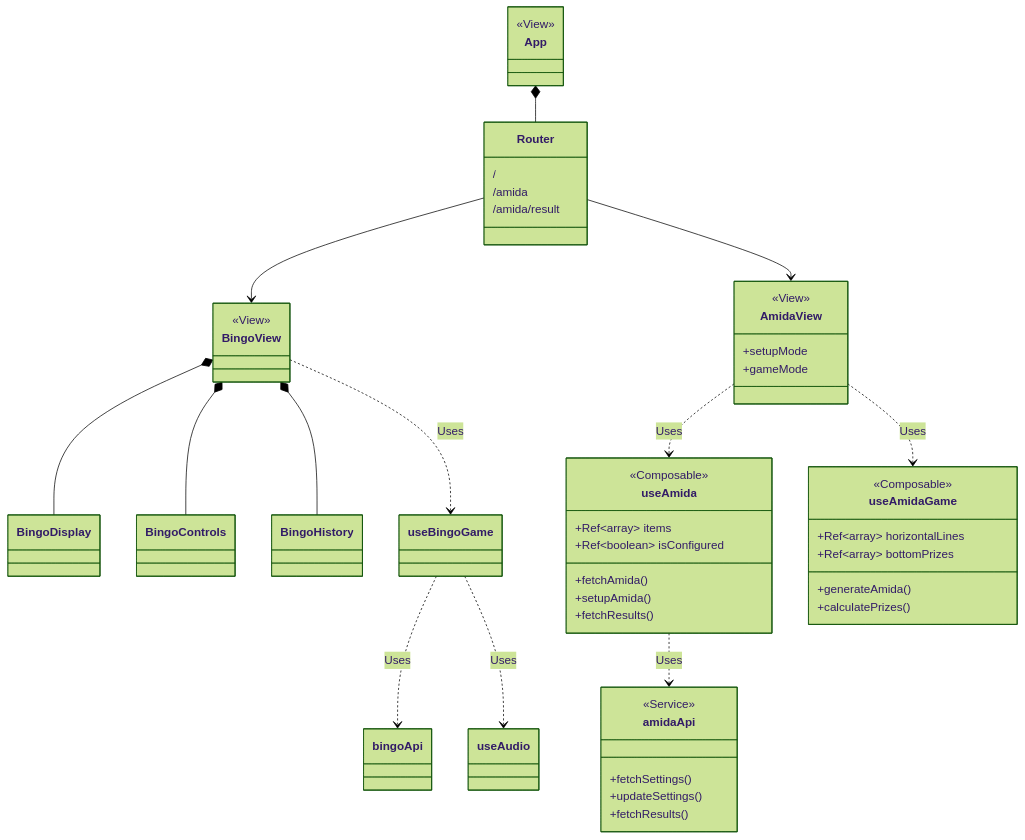
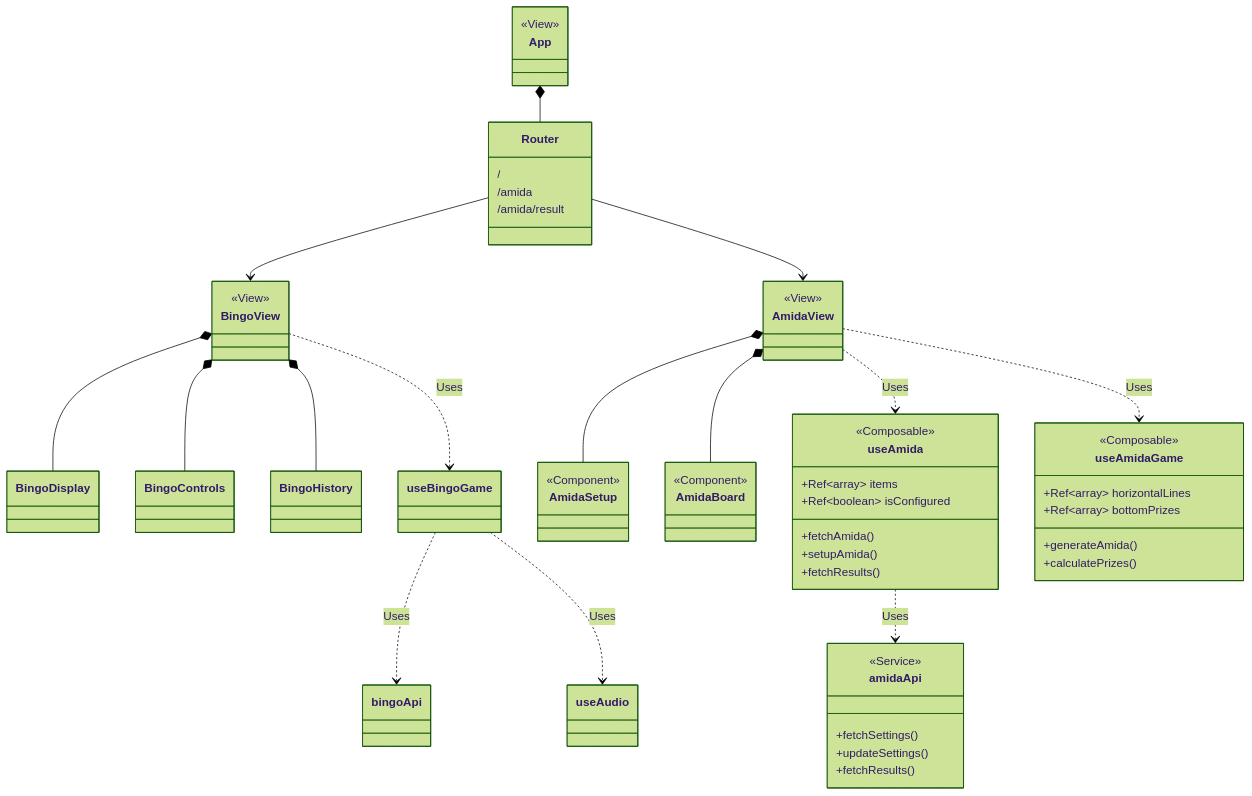
One commit to yasyasyu/bingo-server changed the third of 5 diagrams in docs/ARCHITECTURE.md. Above: the diagram before and after it, drawn with Mermaid (forest theme). The commit also changed other lines of this file and 3 other files, not shown here.

````diff
--- a/docs/ARCHITECTURE.md
+++ b/docs/ARCHITECTURE.md
@@ -123,61 +123,69 @@
 ```mermaid
 classDiagram
     title Frontend Component and Logic Structure
 
     class App {
         <<View>>
     }
     
     class Router {
         /
         /amida
         /amida/result
     }
 
     class BingoView {
         <<View>>
     }
 
     class AmidaView {
         <<View>>
-        +setupMode
-        +gameMode
+    }
+
+    class AmidaSetup {
+        <<Component>>
+    }
+
+    class AmidaBoard {
+        <<Component>>
     }
 
     class useAmida {
         <<Composable>>
         +Ref~array~ items
         +Ref~boolean~ isConfigured
         +fetchAmida()
         +setupAmida()
         +fetchResults()
     }
 
     class useAmidaGame {
         <<Composable>>
         +Ref~array~ horizontalLines
         +Ref~array~ bottomPrizes
         +generateAmida()
         +calculatePrizes()
     }
 
     class amidaApi {
         <<Service>>
         +fetchSettings()
         +updateSettings()
         +fetchResults()
     }
 
     App *-- Router
     Router --> BingoView
     Router --> AmidaView
     BingoView *-- BingoDisplay
     BingoView *-- BingoControls
     BingoView *-- BingoHistory
     BingoView ..> useBingoGame : Uses
+    AmidaView *-- AmidaSetup
+    AmidaView *-- AmidaBoard
     AmidaView ..> useAmida : Uses
     AmidaView ..> useAmidaGame : Uses
     useBingoGame ..> bingoApi : Uses
     useBingoGame ..> useAudio : Uses
     useAmida ..> amidaApi : Uses
 ```
````
